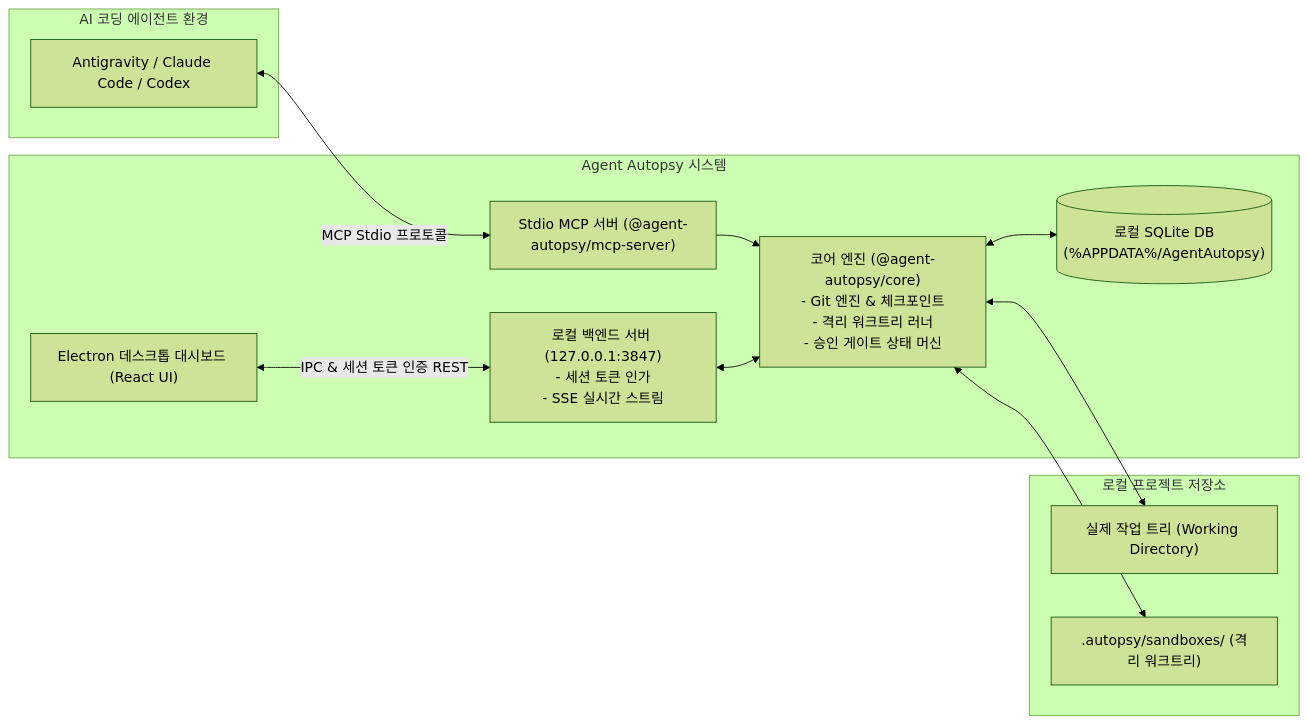
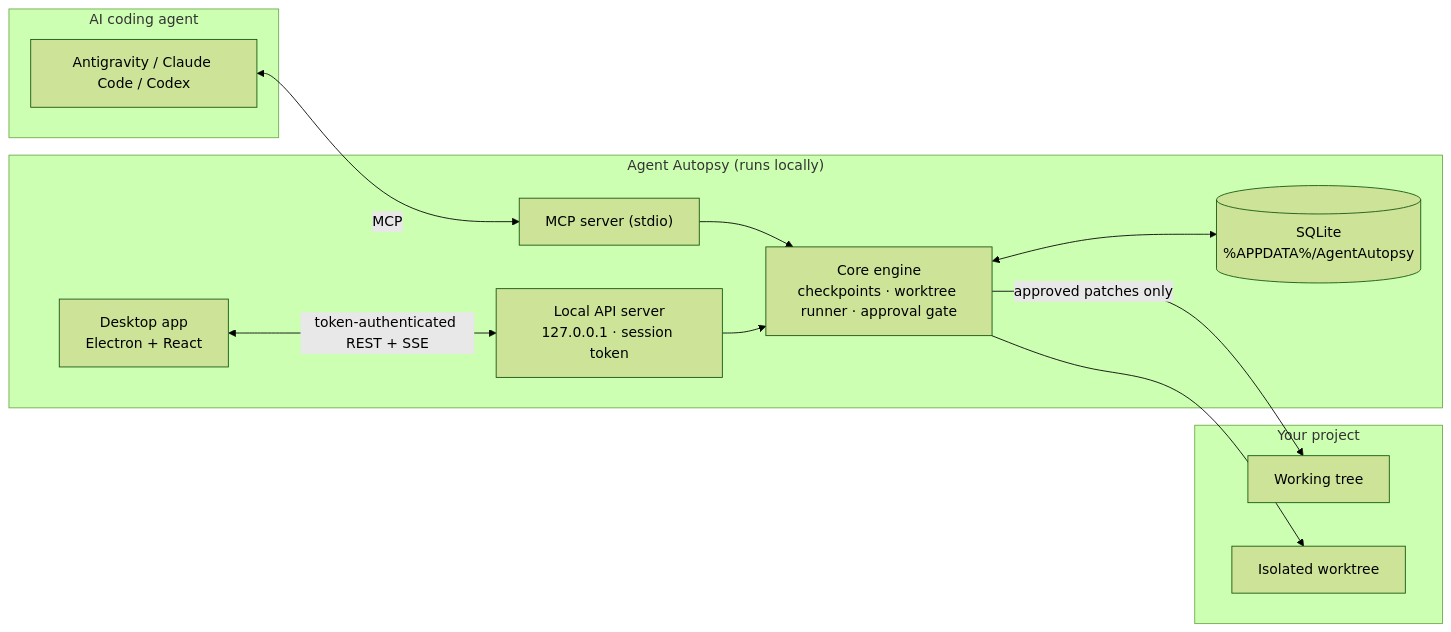
One commit to kimchi00100/Agent-autopsy changed the second of 2 diagrams in README.md. Above: the diagram before and after it, drawn with Mermaid (forest theme). The commit also changed other lines of this file and 2 other files, not shown here.

````diff
--- a/README.md
+++ b/README.md
@@ -47,27 +57,27 @@
 ```mermaid
 flowchart LR
-    subgraph Host["AI 코딩 에이전트 환경"]
+    subgraph Host["AI coding agent"]
         Agent["Antigravity / Claude Code / Codex"]
     end
 
-    subgraph Autopsy["Agent Autopsy 시스템"]
-        MCP["Stdio MCP 서버 (@agent-autopsy/mcp-server)"]
-        Core["코어 엔진 (@agent-autopsy/core)\n- Git 엔진 & 체크포인트\n- 격리 워크트리 러너\n- 승인 게이트 상태 머신"]
-        DB[("로컬 SQLite DB\n(%APPDATA%/AgentAutopsy)")]
-        Server["로컬 백엔드 서버 (127.0.0.1:3847)\n- 세션 토큰 인가\n- SSE 실시간 스트림"]
-        Desktop["Electron 데스크톱 대시보드 (React UI)"]
+    subgraph Autopsy["Agent Autopsy (runs locally)"]
+        MCP["MCP server (stdio)"]
+        Core["Core engine<br/>checkpoints · worktree runner · approval gate"]
+        DB[("SQLite<br/>%APPDATA%/AgentAutopsy")]
+        Server["Local API server<br/>127.0.0.1 · session token"]
+        Desktop["Desktop app<br/>Electron + React"]
     end
 
-    subgraph Workspace["로컬 프로젝트 저장소"]
-        RealRepo["실제 작업 트리 (Working Directory)"]
-        Sandbox[".autopsy/sandboxes/ (격리 워크트리)"]
+    subgraph Repo["Your project"]
+        Work["Working tree"]
+        Sandbox["Isolated worktree"]
     end
 
-    Agent <-->|"MCP Stdio 프로토콜"| MCP
+    Agent <-->|"MCP"| MCP
     MCP --> Core
+    Server --> Core
     Core <--> DB
-    Core <--> RealRepo
-    Core <--> Sandbox
-    Server <--> Core
-    Desktop <-->|"IPC & 세션 토큰 인증 REST"| Server
+    Core --> Sandbox
+    Core -->|"approved patches only"| Work
+    Desktop <-->|"token-authenticated REST + SSE"| Server
 ```
````
